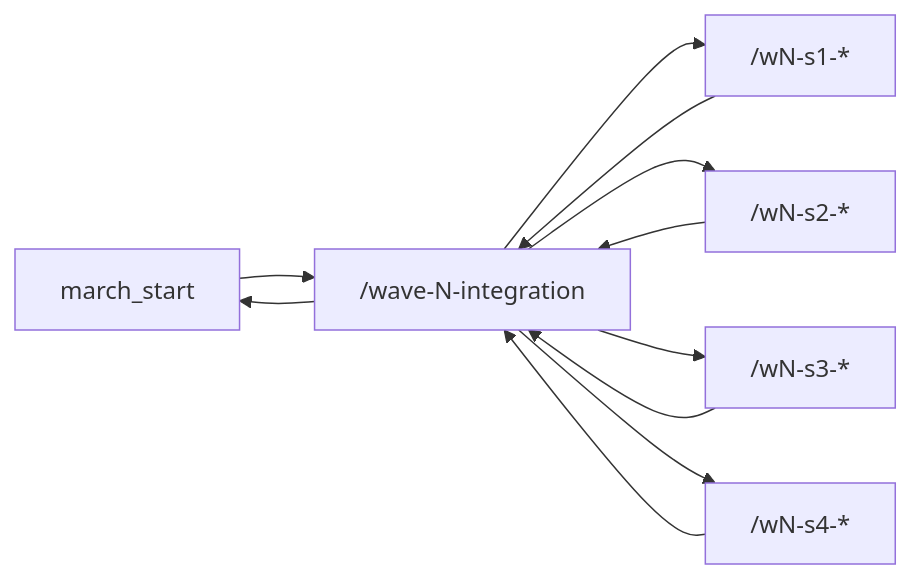
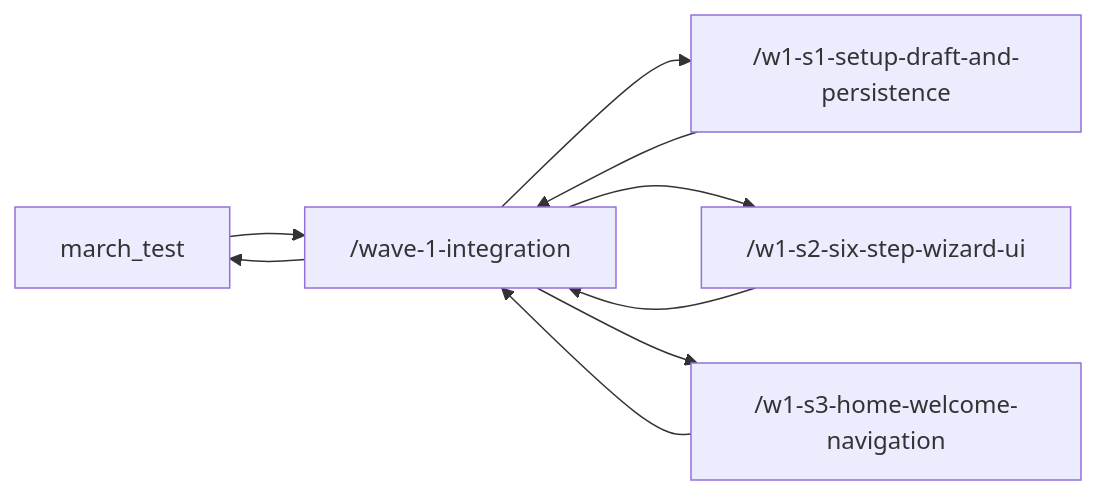
Before and after one commit to Axian-Inc/ffthh-game-of-life: the diagram in specs/OPERATOR_WAVE_DISPATCH_RUNBOOK.md, drawn with Mermaid. The commit also changed other lines of this file and 13 other files, not shown here.

````diff
--- a/specs/OPERATOR_WAVE_DISPATCH_RUNBOOK.md
+++ b/specs/OPERATOR_WAVE_DISPATCH_RUNBOOK.md
@@ -110,13 +84,11 @@
 ```mermaid
 flowchart LR
-  A[march_start] --> B[<your-initials>/wave-N-integration]
-  B --> C[<your-initials>/wN-s1-*]
-  B --> D[<your-initials>/wN-s2-*]
-  B --> E[<your-initials>/wN-s3-*]
-  B --> F[<your-initials>/wN-s4-*]
+  A[march_test] --> B[<your-initials>/wave-1-integration]
+  B --> C[<your-initials>/w1-s1-setup-draft-and-persistence]
+  B --> D[<your-initials>/w1-s2-six-step-wizard-ui]
+  B --> E[<your-initials>/w1-s3-home-welcome-navigation]
   C --> B
   D --> B
   E --> B
-  F --> B
   B --> A
 ```
````
